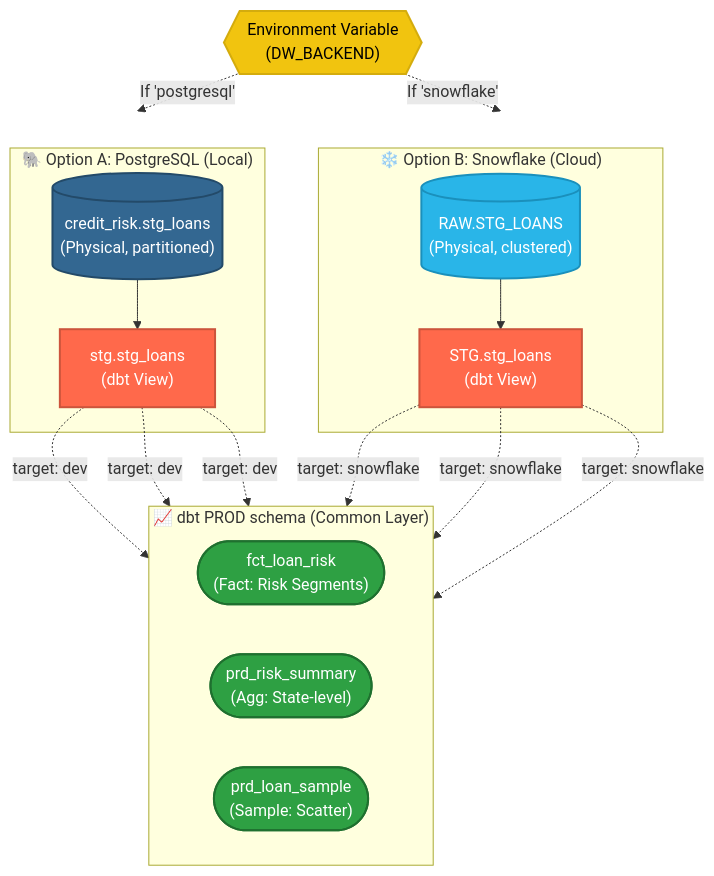
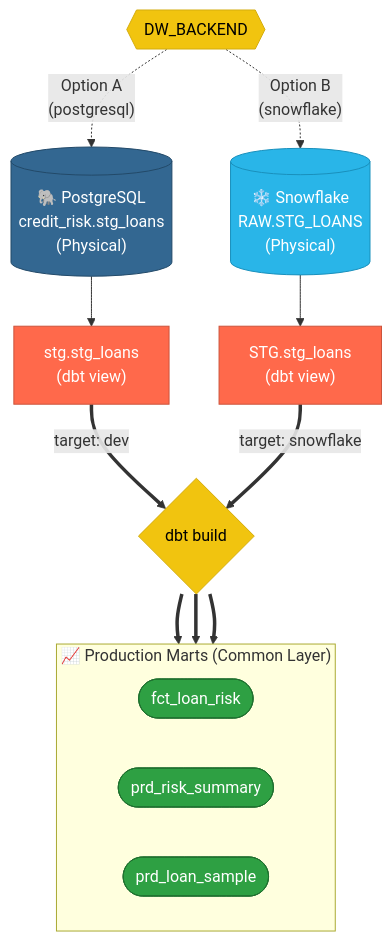
Before and after one commit to lamsaoco/credit-risk-monitoring-pipeline: the second of 2 diagrams in README.md, drawn with Mermaid.

````diff
--- a/README.md
+++ b/README.md
@@ -284,43 +284,41 @@
 ```mermaid
 flowchart TD
-    %% Decision point
-    Switch{{"Environment Variable<br>(DW_BACKEND)"}}
+    %% Selector
+    Switch{{"DW_BACKEND"}}
 
-    subgraph PG_DB ["🐘 Option A: PostgreSQL (Local)"]
-        PG_RAW[("credit_risk.stg_loans<br>(Physical, partitioned)")]
-        PG_STG["stg.stg_loans<br>(dbt View)"]
-        PG_RAW --> PG_STG
+    %% PostgreSQL Branch
+    Switch -. "Option A<br>(postgresql)" .-> PG_RAW[("🐘 PostgreSQL<br>credit_risk.stg_loans<br>(Physical)")]
+    PG_RAW --> PG_STG["stg.stg_loans<br>(dbt view)"]
+
+    %% Snowflake Branch
+    Switch -. "Option B<br>(snowflake)" .-> SF_RAW[("❄️ Snowflake<br>RAW.STG_LOANS<br>(Physical)")]
+    SF_RAW --> SF_STG["STG.stg_loans<br>(dbt view)"]
+
+    %% Convergence
+    Gateway{"dbt build"}
+    PG_STG ==>|"target: dev"| Gateway
+    SF_STG ==>|"target: snowflake"| Gateway
+
+    %% Production Marts (Unified)
+    subgraph PROD ["📈 Production Marts (Common Layer)"]
+        direction LR
+        FCT(["fct_loan_risk"])
+        SUM(["prd_risk_summary"])
+        SAMP(["prd_loan_sample"])
     end
 
-    subgraph SF_DB ["❄️ Option B: Snowflake (Cloud)"]
-        SF_RAW[("RAW.STG_LOANS<br>(Physical, clustered)")]
-        SF_STG["STG.stg_loans<br>(dbt View)"]
-        SF_RAW --> SF_STG
-    end
-
-    Switch -. "If 'postgresql'" .-> PG_DB
-    Switch -. "If 'snowflake'" .-> SF_DB
-
-    subgraph Prod_DB ["📈 dbt PROD schema (Common Layer)"]
-        direction LR
-        FCT(["fct_loan_risk<br>(Fact: Risk Segments)"])
-        SUM(["prd_risk_summary<br>(Agg: State-level)"])
-        SAMP(["prd_loan_sample<br>(Sample: Scatter)"])
-    end
-
-    PG_STG -.->|target: dev| FCT & SUM & SAMP
-    SF_STG -.->|target: snowflake| FCT & SUM & SAMP
+    Gateway ==> FCT & SUM & SAMP
 
     %% Styling
-    classDef sf fill:#29B5E8,color:#fff,stroke:#1a90bc,stroke-width:2px;
-    classDef pg fill:#336791,color:#fff,stroke:#234a69,stroke-width:2px;
-    classDef stg fill:#FF694B,color:#fff,stroke:#cc543c,stroke-width:2px;
-    classDef prod fill:#2EA043,color:#fff,stroke:#1f702f,stroke-width:2px,rx:10px,ry:10px;
-    classDef choice fill:#f1c40f,color:#000,stroke:#d4ac0d,stroke-width:2px;
+    classDef sf fill:#29B5E8,color:#fff,stroke:#1a90bc;
+    classDef pg fill:#336791,color:#fff,stroke:#234a69;
+    classDef stg fill:#FF694B,color:#fff,stroke:#cc543c;
+    classDef prod fill:#2EA043,color:#fff,stroke:#1f702f,rx:10px;
+    classDef choice fill:#f1c40f,color:#000,stroke:#d4ac0d;
 
     class SF_RAW sf;
     class PG_RAW pg;
-    class SF_STG,PG_STG stg;
+    class PG_STG,SF_STG stg;
     class FCT,SUM,SAMP prod;
-    class Switch choice;
+    class Switch,Gateway choice;
 ```
````
